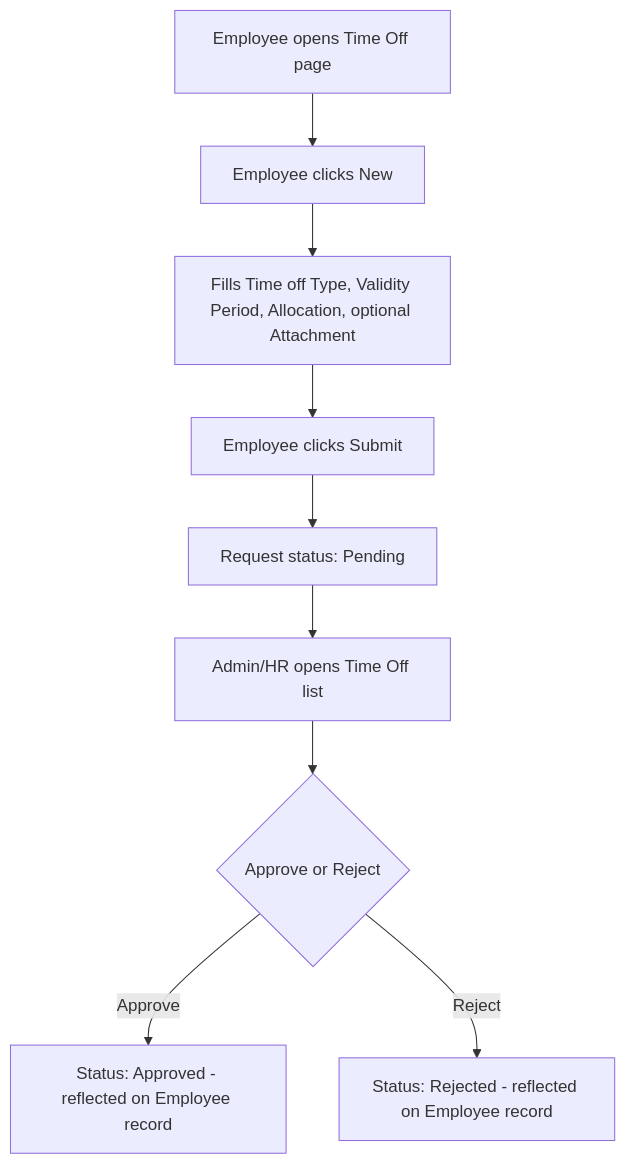
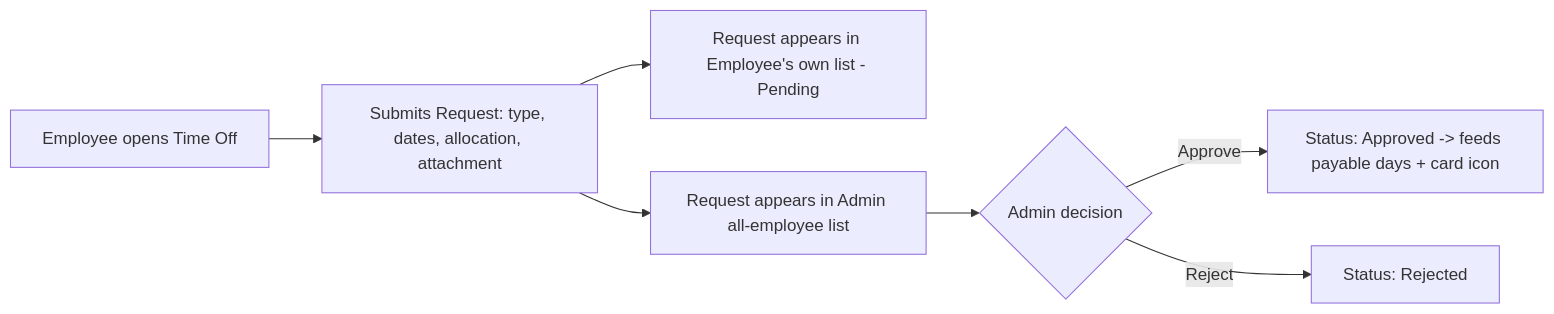
The fourth of 4 diagrams in PRD.md (akshadgujarkar/DayFlow-odoo), drawn with Mermaid before and after one commit. The commit also changed other lines of this file and 4 other files, not shown here.

````diff
--- a/PRD.md
+++ b/PRD.md
@@ -219,11 +235,9 @@
 ```mermaid
-flowchart TD
-    A[Employee opens Time Off page] --> B[Employee clicks New]
-    B --> C[Fills Time off Type, Validity Period, Allocation, optional Attachment]
-    C --> D[Employee clicks Submit]
-    D --> E[Request status: Pending]
-    E --> F[Admin/HR opens Time Off list]
-    F --> G{Approve or Reject}
-    G -->|Approve| H[Status: Approved - reflected on Employee record]
-    G -->|Reject| I[Status: Rejected - reflected on Employee record]
+flowchart LR
+    A[Employee opens Time Off] --> B[Submits Request: type, dates, allocation, attachment]
+    B --> C[Request appears in Employee's own list - Pending]
+    B --> D[Request appears in Admin all-employee list]
+    D --> E{Admin decision}
+    E -->|Approve| F[Status: Approved -> feeds payable days + card icon]
+    E -->|Reject| G[Status: Rejected]
 ```
````
